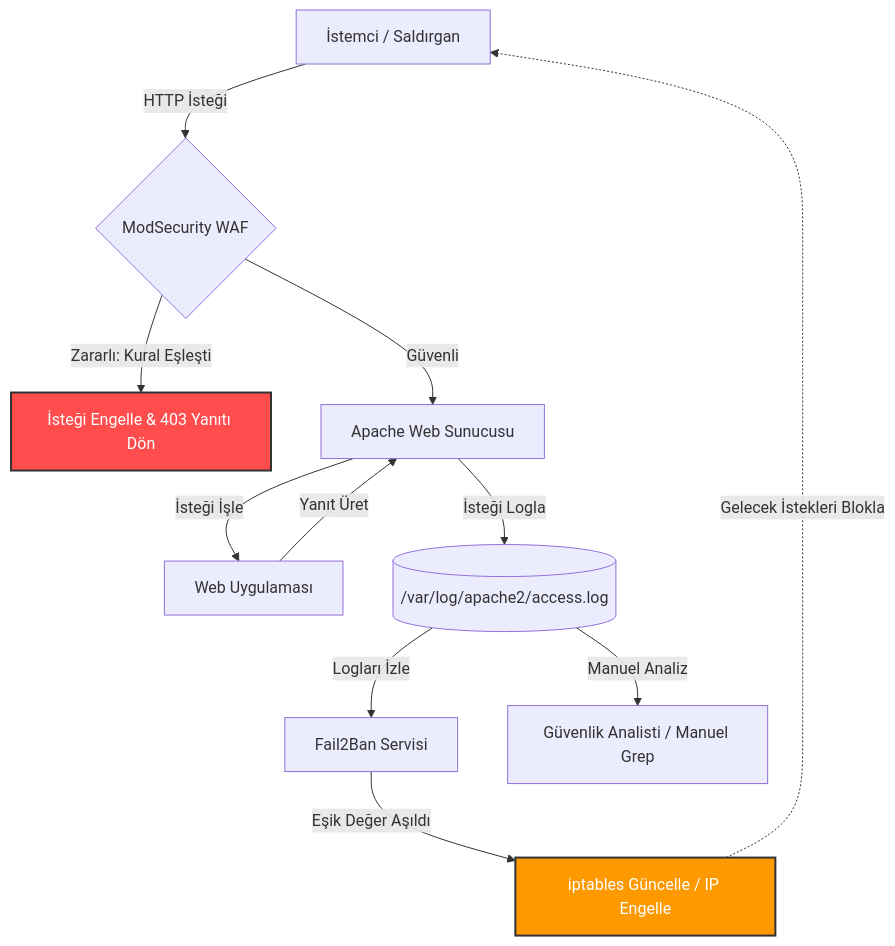
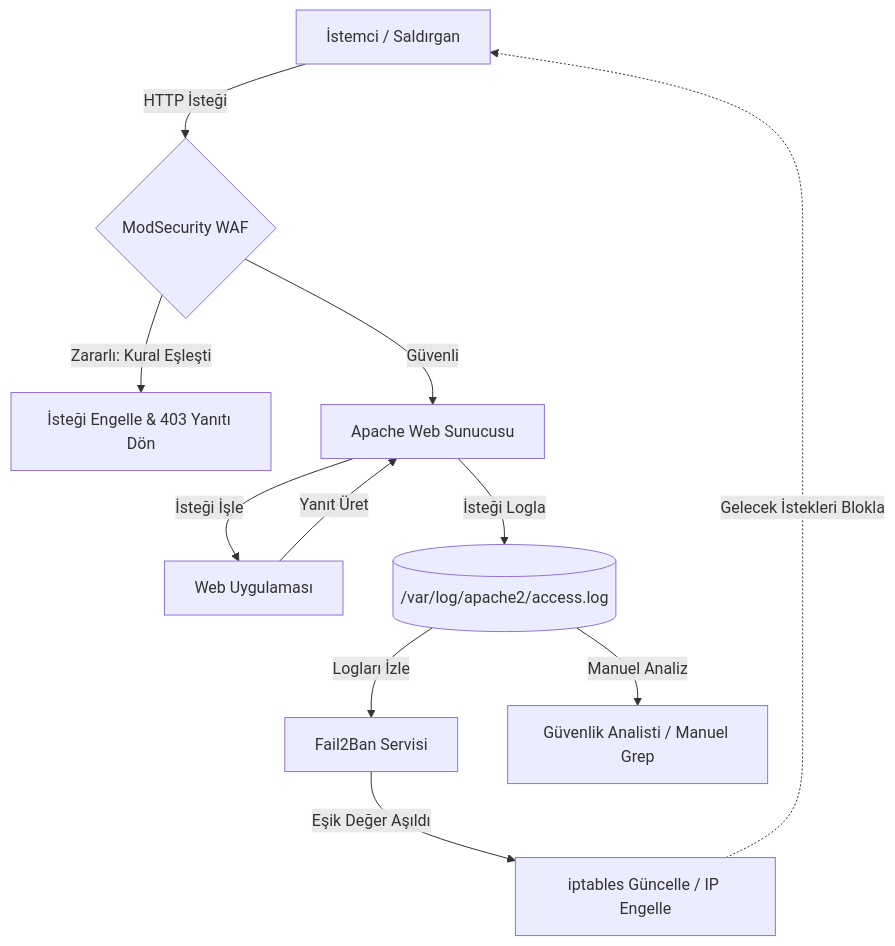
Before and after one commit to yusufarbc/yusufarbc: the diagram in website/content/intrusion-detection/tr.md, drawn with Mermaid. The commit also changed 24 other files, not shown here.

````diff
--- a/website/content/intrusion-detection/tr.md
+++ b/website/content/intrusion-detection/tr.md
@@ -23,15 +23,13 @@
 ```mermaid
 graph TD
     Client[İstemci / Saldırgan] -->|HTTP İsteği| WAF{ModSecurity WAF}
     WAF -->|Zararlı: Kural Eşleşti| Block[İsteği Engelle & 403 Yanıtı Dön]
     WAF -->|Güvenli| Apache[Apache Web Sunucusu]
     Apache -->|İsteği İşle| App[Web Uygulaması]
     App -->|Yanıt Üret| Apache
     Apache -->|İsteği Logla| AccessLog[(/var/log/apache2/access.log)]
     AccessLog -->|Logları İzle| Fail2Ban[Fail2Ban Servisi]
     AccessLog -->|Manuel Analiz| Analyst[Güvenlik Analisti / Manuel Grep]
     Fail2Ban -->|Eşik Değer Aşıldı| Firewall[iptables Güncelle / IP Engelle]
     Firewall -.->|Gelecek İstekleri Blokla| Client
-    style Block fill:#ff4d4d,stroke:#333,stroke-width:2px,color:#fff
-    style Firewall fill:#ff9900,stroke:#333,stroke-width:2px,color:#fff
 ```
````
